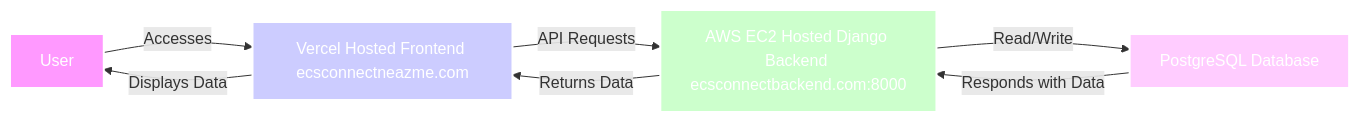
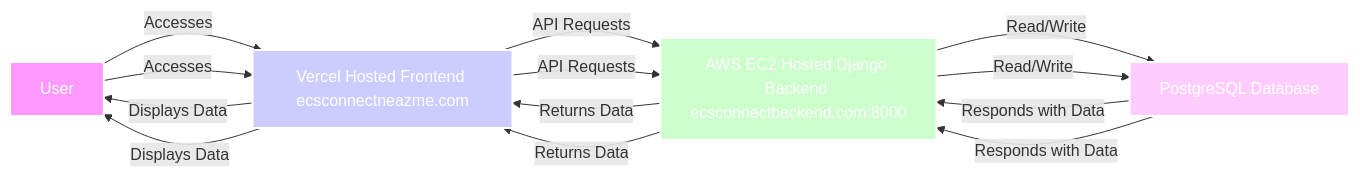
The diagram in documentation.md (ZeshanZa/CS370-Project-), drawn with Mermaid before and after one commit. The commit also changed other lines of this file, not shown here.

````diff
--- a/documentation.md
+++ b/documentation.md
@@ -141,16 +165,20 @@
 ```mermaid
 graph LR
   A[User] -->|Accesses| B[Vercel Hosted Frontend ecsconnectneazme.com]
     B -->|API Requests| C[AWS EC2 Hosted Django Backend ecsconnectbackend.com:8000]
     C -->|Read/Write| D[PostgreSQL Database]
     D -->|Responds with Data| C
     C -->|Returns Data| B
     B -->|Displays Data| A
- 
+  A[User] -->|Accesses| B[Vercel Hosted Frontend ecsconnectneazme.com]
+    B -->|API Requests| C[AWS EC2 Hosted Django Backend ecsconnectbackend.com:8000]
+    C -->|Read/Write| D[PostgreSQL Database]
+    D -->|Responds with Data| C
+    C -->|Returns Data| B
+    B -->|Displays Data| A
 
     style A fill:#f9f,stroke:#fff,stroke-width:2px, color:#fff
     style B fill:#ccf,stroke:#fff,stroke-width:2px, color:#fff
     style C fill:#cfc,stroke:#fff,stroke-width:2px, color:#fff
     style D fill:#fcf,stroke:#fff,stroke-width:2px, color:#fff
-
 ```
````
